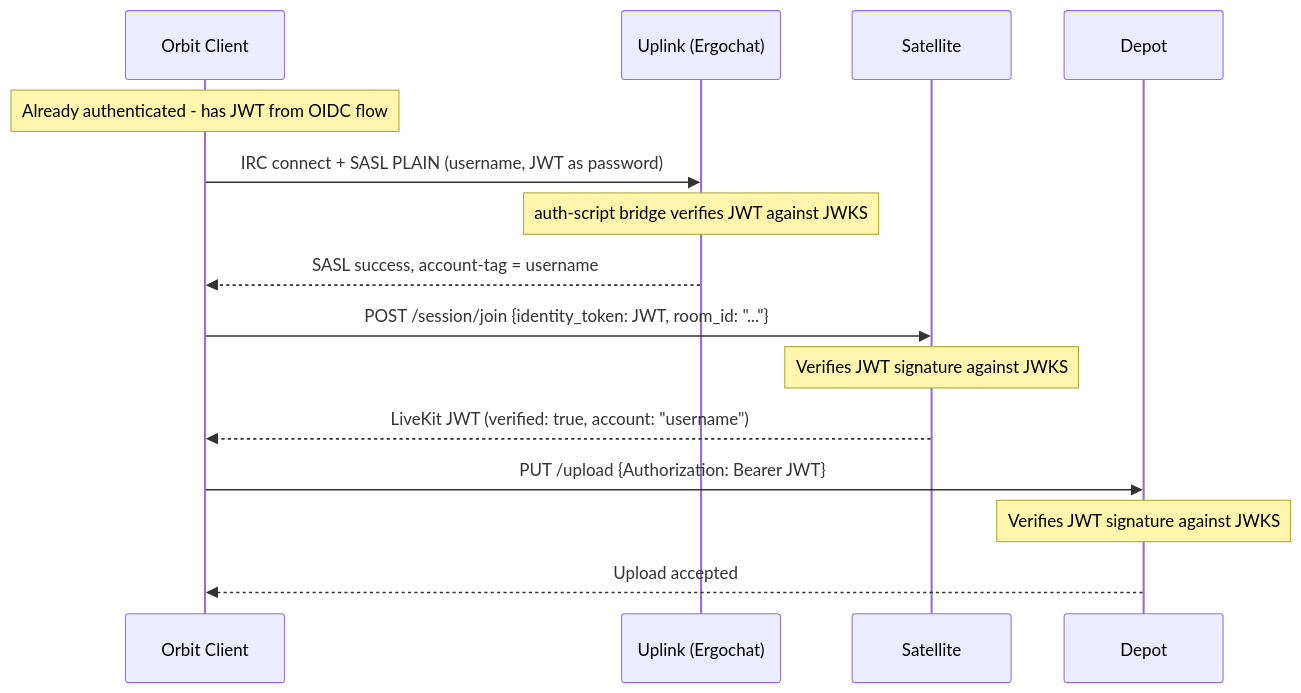
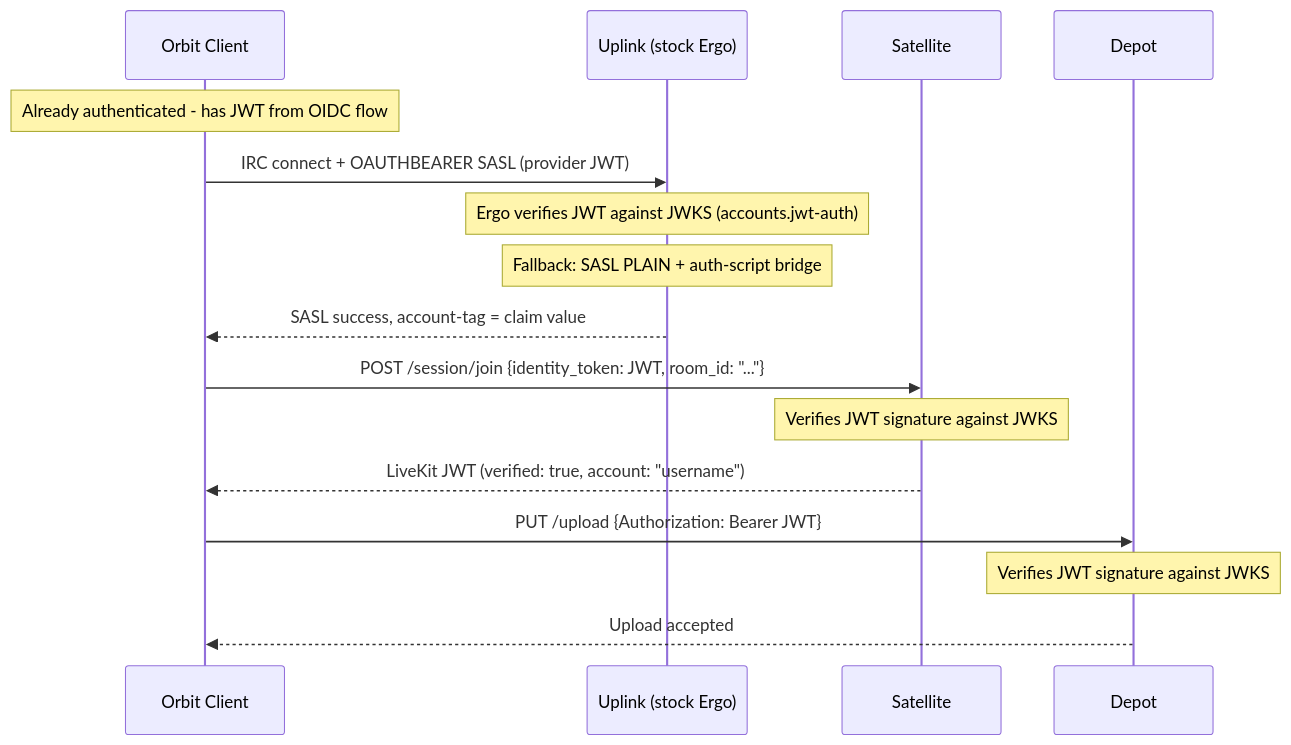
The second of 3 diagrams in spec/03-identity/01-authentication.md (hivecom/orbit-spec), drawn with Mermaid before and after one commit. The commit also changed other lines of this file and 22 other files, not shown here.

````diff
--- a/spec/03-identity/01-authentication.md
+++ b/spec/03-identity/01-authentication.md
@@ -45,21 +45,22 @@
 ```mermaid
 sequenceDiagram
     participant O as Orbit Client
-    participant GC as Uplink (Ergochat)
+    participant GC as Uplink (stock Ergo)
     participant S as Satellite
     participant D as Depot
 
     Note over O: Already authenticated - has JWT from OIDC flow
 
-    O->>GC: IRC connect + SASL PLAIN (username, JWT as password)
-    Note over GC: auth-script bridge verifies JWT against JWKS
-    GC-->>O: SASL success, account-tag = username
+    O->>GC: IRC connect + OAUTHBEARER SASL (provider JWT)
+    Note over GC: Ergo verifies JWT against JWKS (accounts.jwt-auth)
+    Note over GC: Fallback: SASL PLAIN + auth-script bridge
+    GC-->>O: SASL success, account-tag = claim value
 
     O->>S: POST /session/join {identity_token: JWT, room_id: "..."}
     Note over S: Verifies JWT signature against JWKS
     S-->>O: LiveKit JWT (verified: true, account: "username")
 
     O->>D: PUT /upload {Authorization: Bearer JWT}
     Note over D: Verifies JWT signature against JWKS
     D-->>O: Upload accepted
 ```
````
